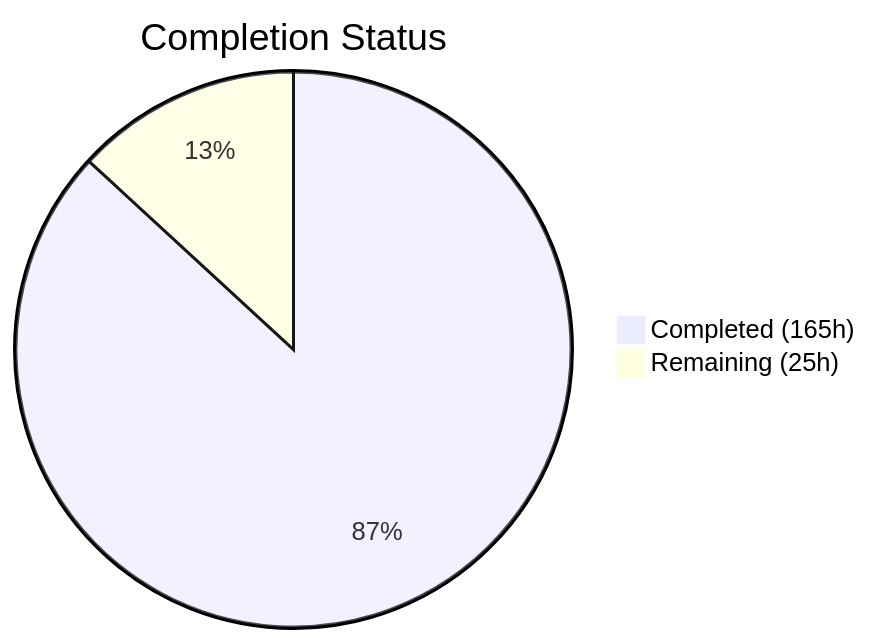
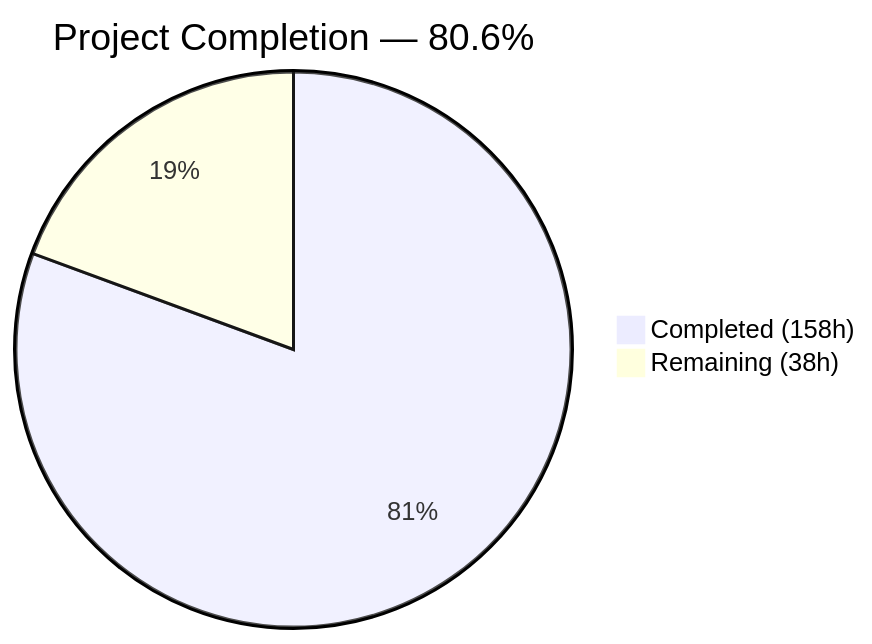
Before and after one commit to Blitzy-Sandbox/blitzy-formbricks: the first of 2 diagrams in blitzy/documentation/Project Guide.md, drawn with Mermaid. The commit also changed other lines of this file, not shown here.

Commit message:
Adding Blitzy Project Guide: Project Status and Human Tasks Remaining

````diff
--- a/blitzy/documentation/Project Guide.md
+++ b/blitzy/documentation/Project Guide.md
@@ -13,5 +13,5 @@
 ```mermaid
-pie title Completion Status
-    "Completed (165h)" : 165
-    "Remaining (25h)" : 25
+pie title Project Completion — 80.6%
+    "Completed (158h)" : 158
+    "Remaining (38h)" : 38
 ```
````
